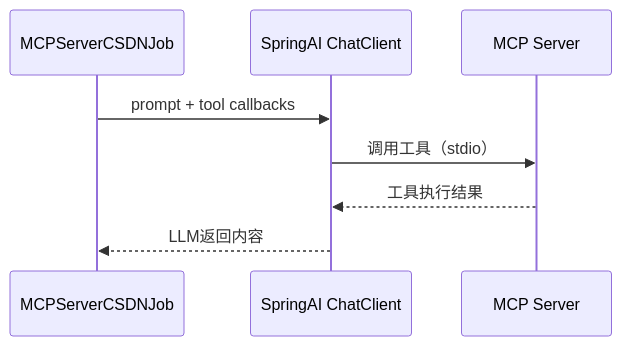
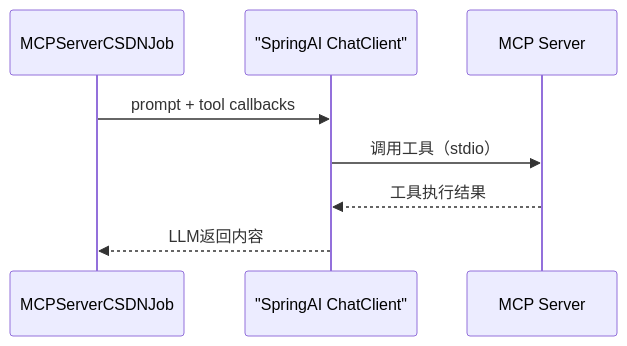
One commit to small-xiexu/ai-mcp-knowledge-study changed the sixth of 6 diagrams in .codex/入门文档.md. Above: the diagram before and after it, drawn with Mermaid. The commit also changed other lines of this file and 133 other files, not shown here.

````diff
--- a/.codex/入门文档.md
+++ b/.codex/入门文档.md
@@ -529,10 +529,10 @@
 ```mermaid
 sequenceDiagram
   participant Job as MCPServerCSDNJob
-  participant Chat as SpringAI ChatClient
+  participant Chat as "SpringAI ChatClient"
   participant MCP as MCP Server
   Job->>Chat: prompt + tool callbacks
   Chat->>MCP: 调用工具（stdio）
   MCP-->>Chat: 工具执行结果
   Chat-->>Job: LLM返回内容
 ```
````
